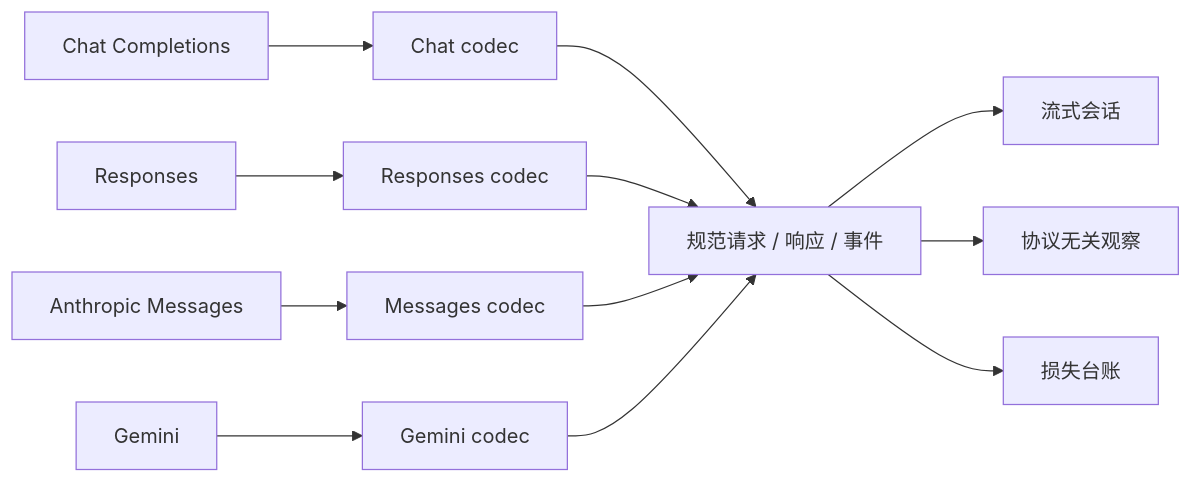
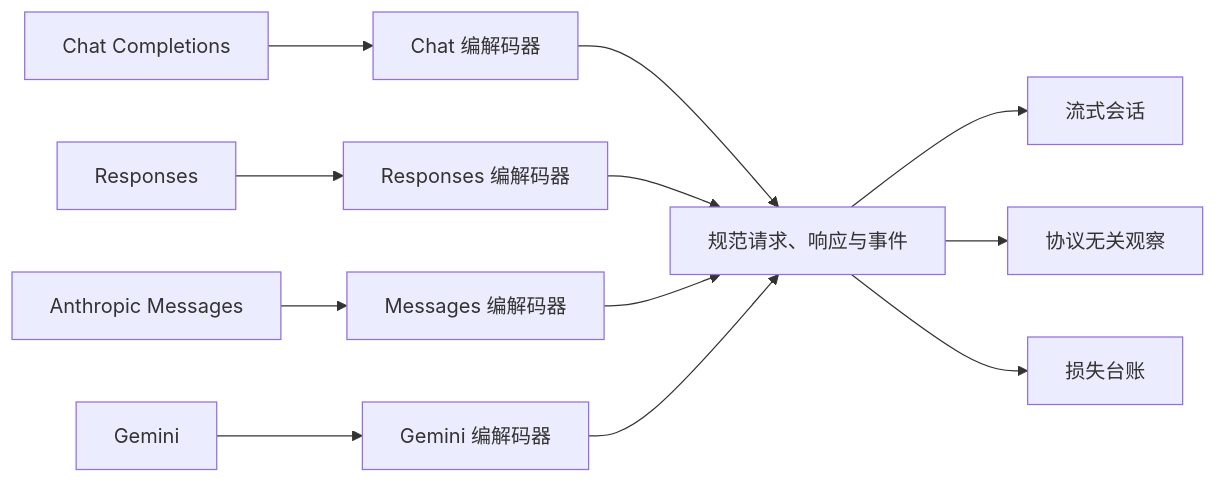
One commit to yv1ing/SafeAgent changed the diagram in docs/human/protocol-conversion_zh.md. Above: the diagram before and after it, drawn with Mermaid. The commit also changed other lines of this file and 494 other files, not shown here.

````diff
--- a/docs/human/protocol-conversion_zh.md
+++ b/docs/human/protocol-conversion_zh.md
@@ -11,14 +11,14 @@
 ```mermaid
 flowchart LR
-    Chat["Chat Completions"] --> Codec["Chat codec"]
-    Responses["Responses"] --> Codec2["Responses codec"]
-    Messages["Anthropic Messages"] --> Codec3["Messages codec"]
-    Gemini["Gemini"] --> Codec4["Gemini codec"]
-    Codec --> IR["规范请求 / 响应 / 事件"]
+    Chat["Chat Completions"] --> Codec["Chat 编解码器"]
+    Responses["Responses"] --> Codec2["Responses 编解码器"]
+    Messages["Anthropic Messages"] --> Codec3["Messages 编解码器"]
+    Gemini["Gemini"] --> Codec4["Gemini 编解码器"]
+    Codec --> IR["规范请求、响应与事件"]
     Codec2 --> IR
     Codec3 --> IR
     Codec4 --> IR
     IR --> Session["流式会话"]
     IR --> Observe["协议无关观察"]
     IR --> Ledger["损失台账"]
 ```
````
